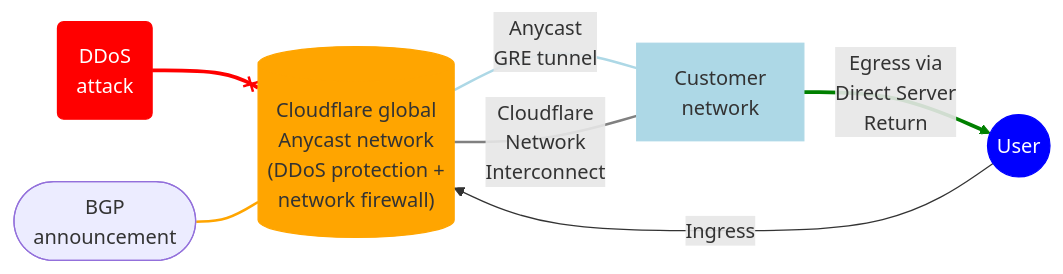
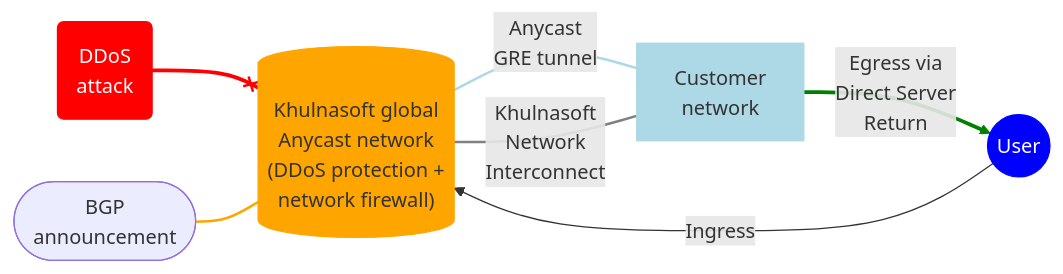
Before and after one commit to NxPKG/khulnasoft-docs: the diagram in content/magic-transit/about.md, drawn with Mermaid. The commit also changed other lines of this file and 2914 other files, not shown here.

````diff
--- a/content/magic-transit/about.md
+++ b/content/magic-transit/about.md
@@ -21,28 +21,28 @@
 ```mermaid
 flowchart LR
 accTitle: Magic Transit
 accDescr: Diagram showing how Magic Transit protects traffic on the customer's network.
 
 A(DDoS <br> attack)
-B[("Cloudflare global <br> Anycast network <br> (DDoS protection + <br> network firewall)")]
+B[("Khulnasoft global <br> Anycast network <br> (DDoS protection + <br> network firewall)")]
 C[Customer <br> network]
 D((User))
 E([BGP <br> announcement])
 
 A --x B
 E --- B
 B-- Anycast <br> GRE tunnel ---C
-B-- Cloudflare <br> Network <br> Interconnect ---C
+B-- Khulnasoft <br> Network <br> Interconnect ---C
 C-- Egress via <br> Direct Server <br> Return --> D
 D -- Ingress --> B
 
 style A stroke: red,fill: red,color: white
 style B stroke: orange,fill: orange
 style C stroke: #ADD8E6,fill: #ADD8E6
 style D stroke: blue,fill: blue,color: white
 linkStyle 0 stroke-width:3px,stroke:red
 linkStyle 1 stroke-width:2px,stroke:orange
 linkStyle 2 stroke-width:2px,stroke:#ADD8E6
 linkStyle 3 stroke-width:2px,stroke:gray
 linkStyle 4 stroke-width:3px,stroke:green
 ```
````
